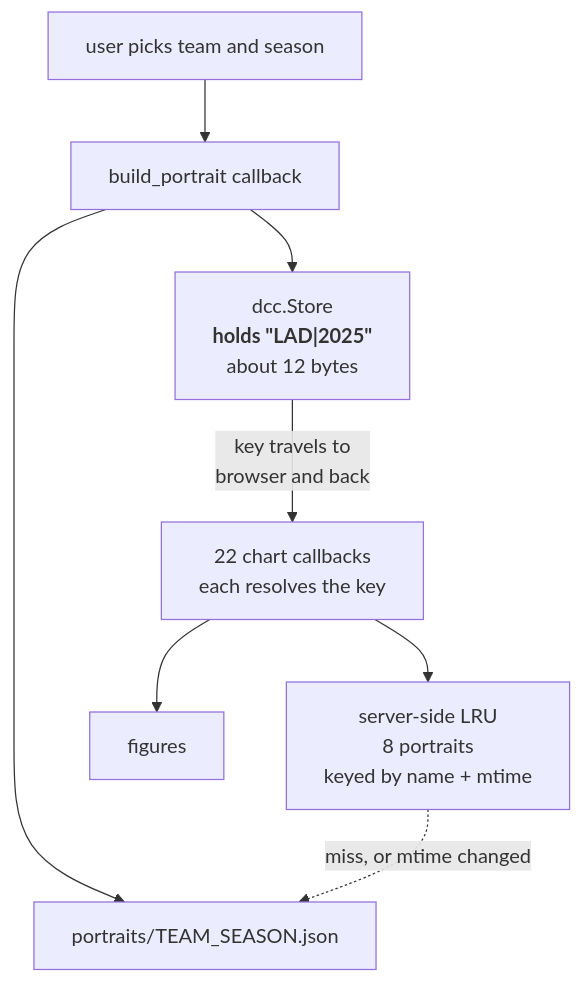
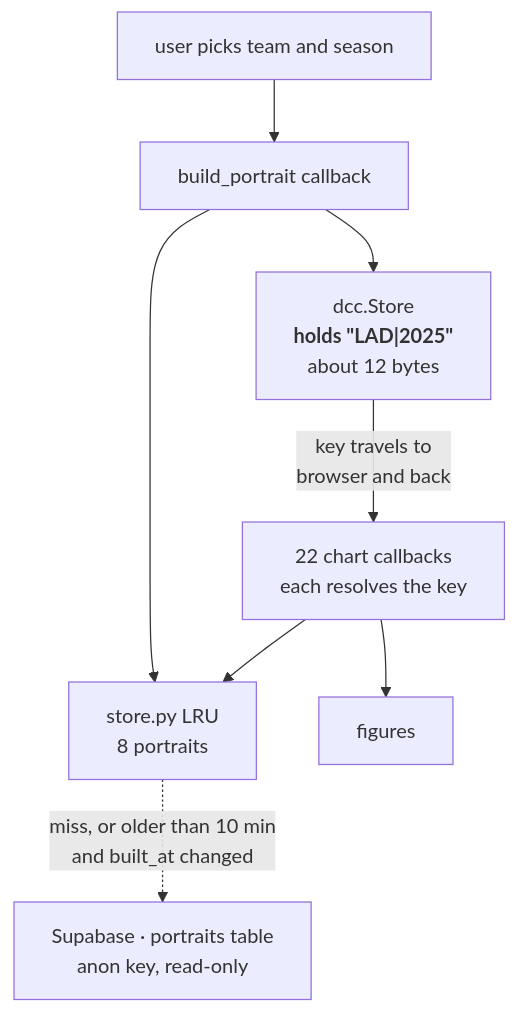
One commit to SebastianAbarca/baseball-analytics changed the sixth of 7 diagrams in docs/ARCHITECTURE.md. Above: the diagram before and after it, drawn with Mermaid. The commit also changed other lines of this file and 21 other files, not shown here.

````diff
--- a/docs/ARCHITECTURE.md
+++ b/docs/ARCHITECTURE.md
@@ -233,17 +238,17 @@
 ```mermaid
 flowchart TD
     U["user picks team and season"]
     CB1["build_portrait callback"]
-    DISK["portraits/TEAM_SEASON.json"]
     STORE["dcc.Store<br/><b>holds &quot;LAD|2025&quot;</b><br/>about 12 bytes"]
-    LRU["server-side LRU<br/>8 portraits<br/>keyed by name + mtime"]
+    LRU["store.py LRU<br/>8 portraits"]
+    DB["Supabase · portraits table<br/>anon key, read-only"]
     CBS["22 chart callbacks<br/>each resolves the key"]
     FIG["figures"]
 
-    U --> CB1 --> DISK
+    U --> CB1 --> LRU
     CB1 --> STORE
     STORE -->|"key travels to<br/>browser and back"| CBS
     CBS --> LRU
-    LRU -.->|"miss, or mtime changed"| DISK
+    LRU -.->|"miss, or older than 10 min<br/>and built_at changed"| DB
     CBS --> FIG
 ```
````
